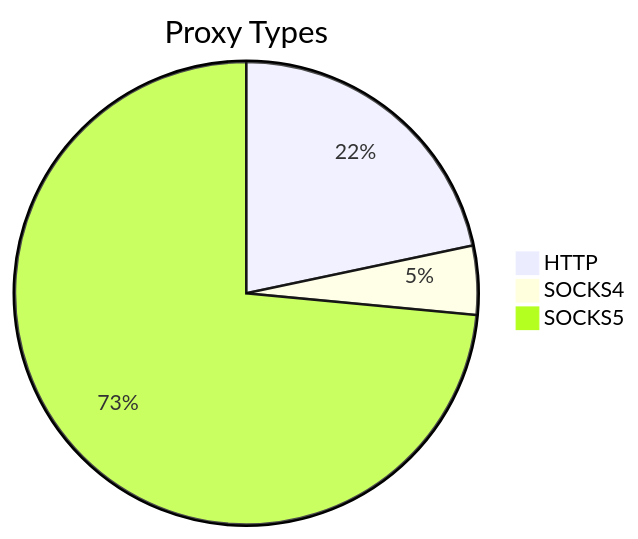
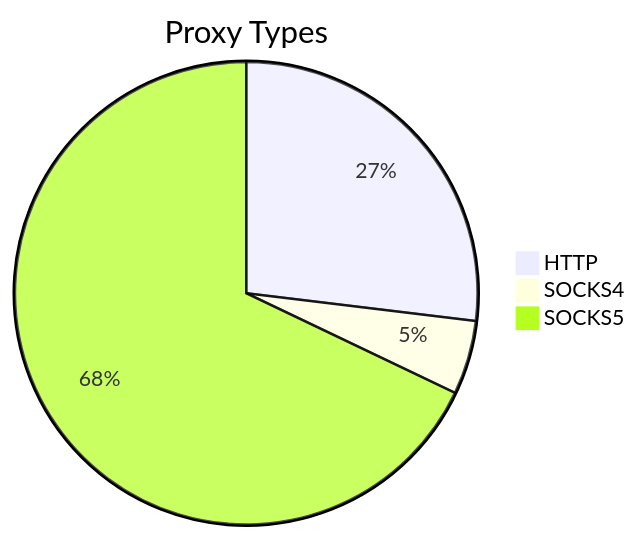
The first of 2 diagrams in README.md (stormsia/proxy-list), drawn with Mermaid before and after one commit. The commit also changed other lines of this file, not shown here.

````diff
--- a/README.md
+++ b/README.md
@@ -21,6 +21,6 @@
 ```mermaid
 pie title Proxy Types
-    "HTTP" : 162
-    "SOCKS4" : 36
-    "SOCKS5" : 549
+    "HTTP" : 172
+    "SOCKS4" : 33
+    "SOCKS5" : 434
 ```
````
